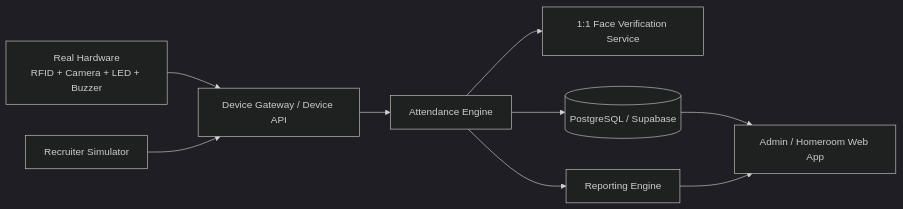
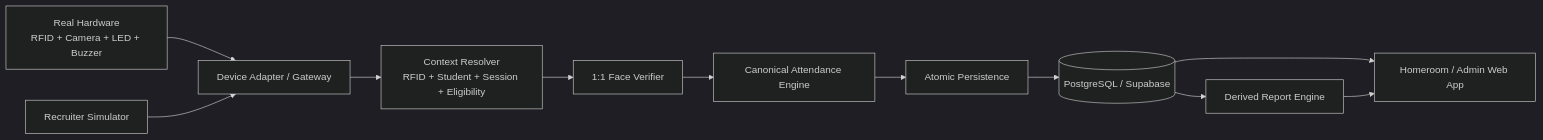
The diagram in README.md (nafisajuliansahsaputra/attendance-system), drawn with Mermaid (dark theme) before and after one commit. The commit also changed other lines of this file, not shown here.

````diff
--- a/README.md
+++ b/README.md
@@ -61,11 +31,13 @@
 ```mermaid
 flowchart LR
-    H[Real Hardware\nRFID + Camera + LED + Buzzer] --> G[Device Gateway / Device API]
+    H[Real Hardware\nRFID + Camera + LED + Buzzer] --> G[Device Adapter / Gateway]
     S[Recruiter Simulator] --> G
-    G --> A[Attendance Engine]
-    A --> F[1:1 Face Verification Service]
-    A --> D[(PostgreSQL / Supabase)]
-    D --> W[Admin / Homeroom Web App]
-    A --> R[Reporting Engine]
-    R --> W
+    G --> C[Context Resolver\nRFID + Student + Session + Eligibility]
+    C --> F[1:1 Face Verifier]
+    F --> A[Canonical Attendance Engine]
+    A --> P[Atomic Persistence]
+    P --> D[(PostgreSQL / Supabase)]
+    D --> T[Homeroom / Admin Web App]
+    D --> R[Derived Report Engine]
+    R --> T
 ```
````
